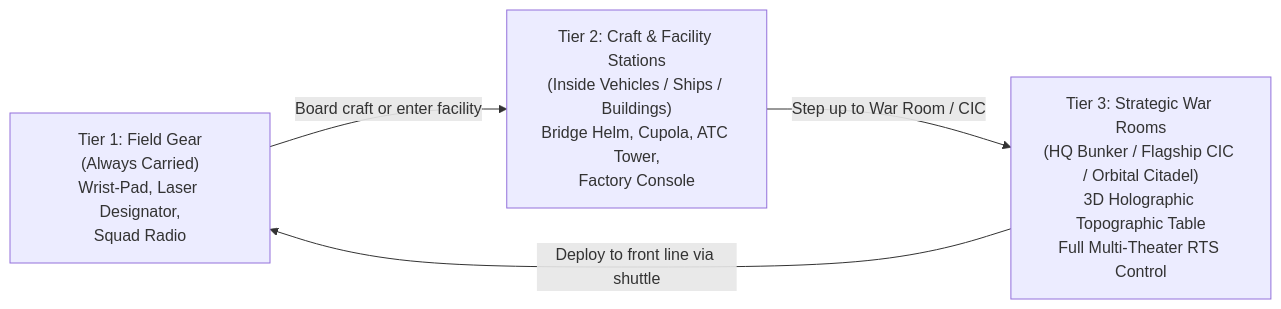
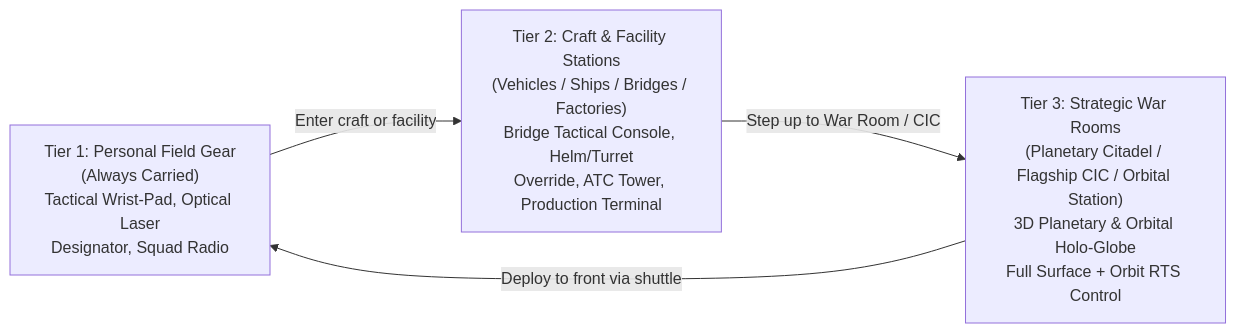
One commit to stbange/1prtsg changed the first of 2 diagrams in docs/CONCEPT.md. Above: the diagram before and after it, drawn with Mermaid. The commit also changed other lines of this file and 3 other files, not shown here.

````diff
--- a/docs/CONCEPT.md
+++ b/docs/CONCEPT.md
@@ -37,10 +55,10 @@
 ```mermaid
 flowchart LR
-    T1["Tier 1: Field Gear\n(Always Carried)\nWrist-Pad, Laser Designator,\nSquad Radio"]
-    T2["Tier 2: Craft & Facility Stations\n(Inside Vehicles / Ships / Buildings)\nBridge Helm, Cupola, ATC Tower,\nFactory Console"]
-    T3["Tier 3: Strategic War Rooms\n(HQ Bunker / Flagship CIC / Orbital Citadel)\n3D Holographic Topographic Table\nFull Multi-Theater RTS Control"]
+    T1["Tier 1: Personal Field Gear\n(Always Carried)\nTactical Wrist-Pad, Optical Laser\nDesignator, Squad Radio"]
+    T2["Tier 2: Craft & Facility Stations\n(Vehicles / Ships / Bridges / Factories)\nBridge Tactical Console, Helm/Turret\nOverride, ATC Tower, Production Terminal"]
+    T3["Tier 3: Strategic War Rooms\n(Planetary Citadel / Flagship CIC / Orbital Station)\n3D Planetary & Orbital Holo-Globe\nFull Surface + Orbit RTS Control"]
 
-    T1 -->|"Board craft or enter facility"| T2
+    T1 -->|"Enter craft or facility"| T2
     T2 -->|"Step up to War Room / CIC"| T3
-    T3 -->|"Deploy to front line via shuttle"| T1
+    T3 -->|"Deploy to front via shuttle"| T1
 ```
````
